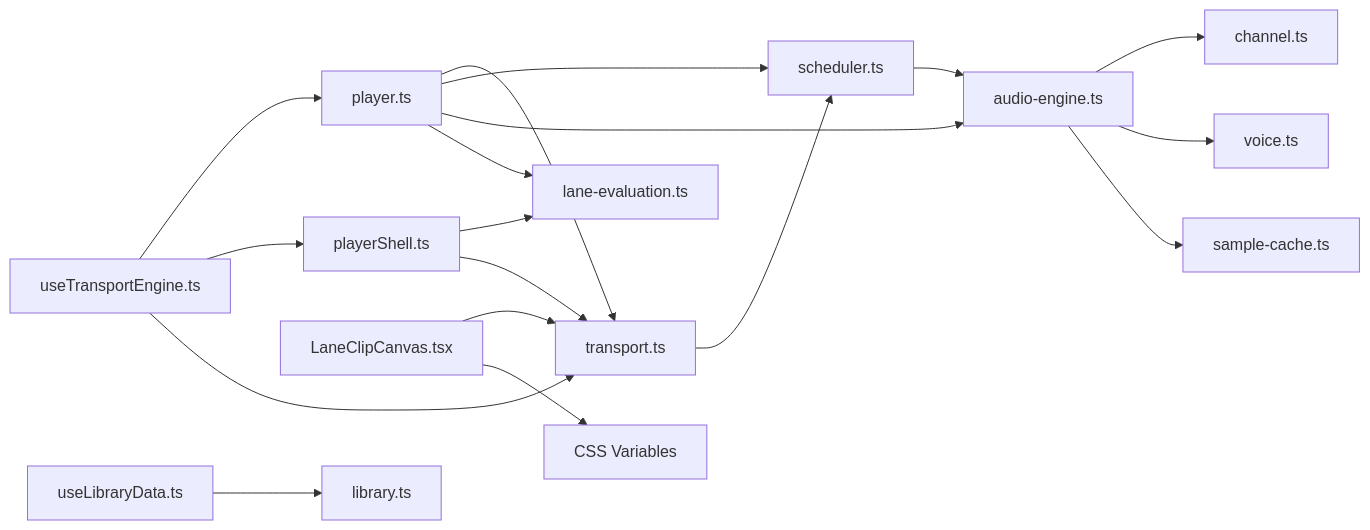
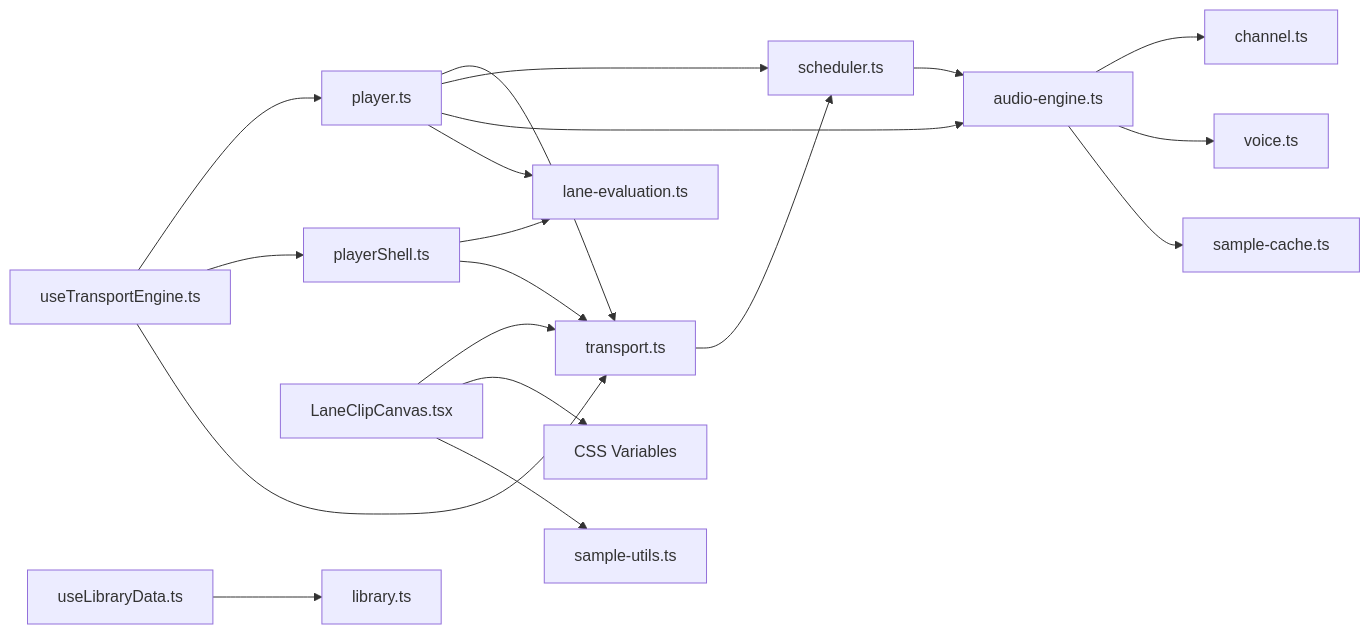
Before and after one commit to satyrlord/mixjam-electron: the tenth of 12 diagrams in .qoder/repowiki/en/content/Audio Engine/Audio Engine.md, drawn with Mermaid. The commit also changed other lines of this file and 45 other files, not shown here.

````diff
--- a/.qoder/repowiki/en/content/Audio Engine/Audio Engine.md
+++ b/.qoder/repowiki/en/content/Audio Engine/Audio Engine.md
@@ -553,20 +591,21 @@
 ```mermaid
 graph LR
 Transport["transport.ts"] --> Scheduler["scheduler.ts"]
 Scheduler --> AudioEngine["audio-engine.ts"]
 AudioEngine --> Channel["channel.ts"]
 AudioEngine --> Voice["voice.ts"]
 AudioEngine --> SampleCache["sample-cache.ts"]
 Player["player.ts"] --> Transport
 Player --> Scheduler
 Player --> AudioEngine
 Player --> LaneEvaluation["lane-evaluation.ts"]
 PlayerShell["playerShell.ts"] --> LaneEvaluation
 PlayerShell --> Transport
 UI["useTransportEngine.ts"] --> Player
 UI --> PlayerShell
 UI --> Transport
 Timeline["LaneClipCanvas.tsx"] --> Transport
 Timeline --> CSS["CSS Variables"]
+Timeline --> SnapUtils["sample-utils.ts"]
 Library["useLibraryData.ts"] --> Database["library.ts"]
 ```
````
